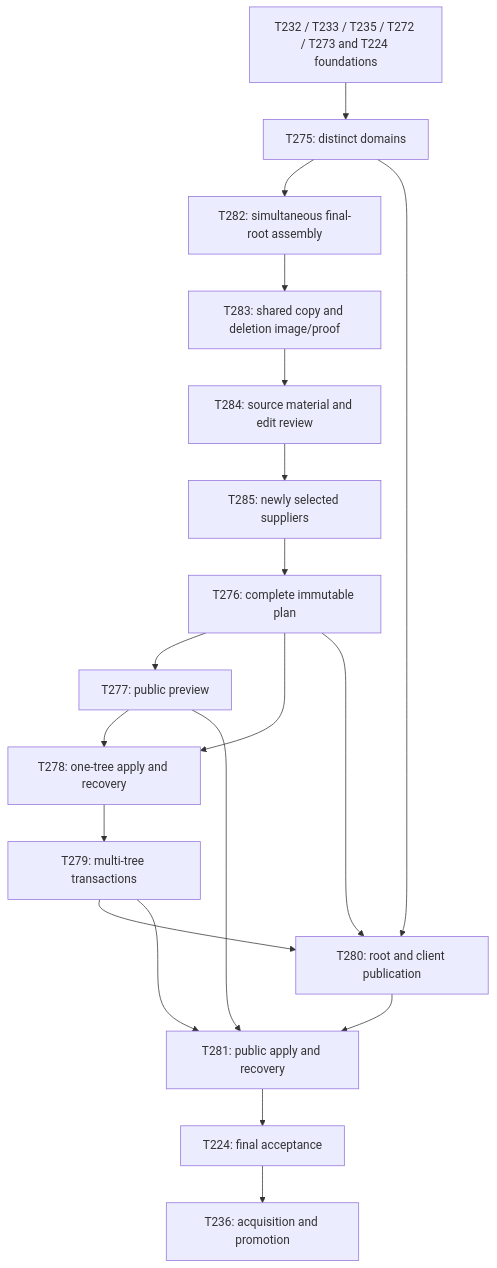
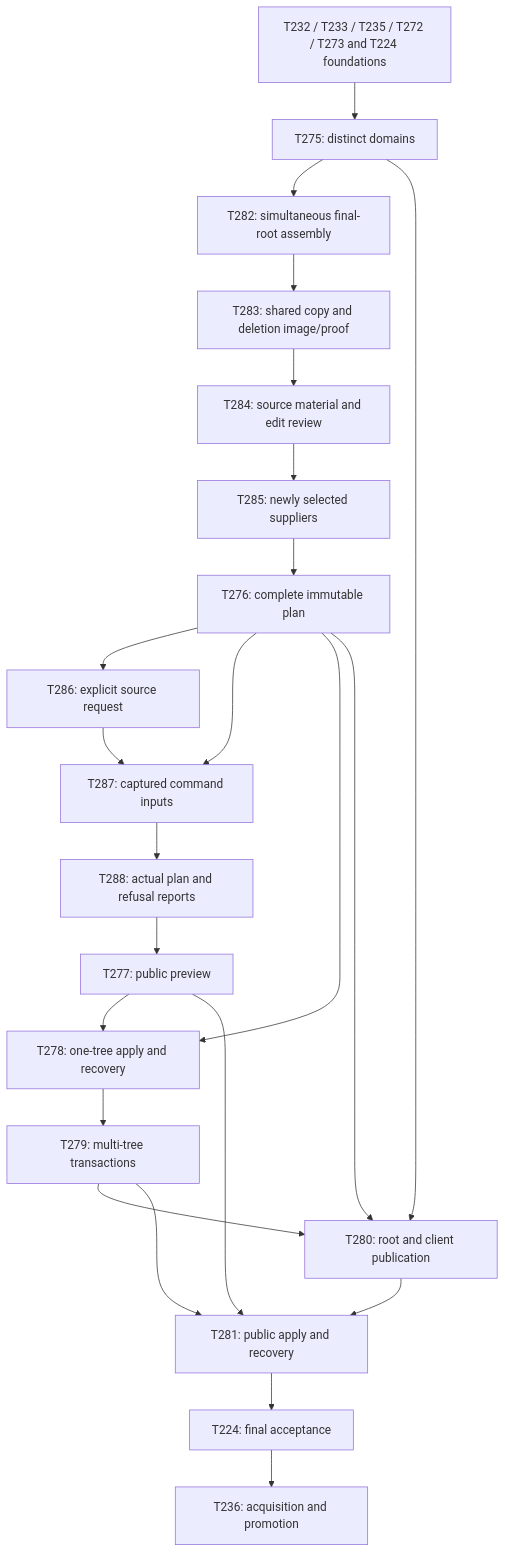
One commit to mem-memov/ama changed the diagram in docs/implementation/source-operations.md. Above: the diagram before and after it, drawn with Mermaid. The commit also changed other lines of this file and 25 other files, not shown here.

Commit message:
T286: recognize explicit source-operation requests

````diff
--- a/docs/implementation/source-operations.md
+++ b/docs/implementation/source-operations.md
@@ -71,21 +74,25 @@
 ```mermaid
 flowchart TD
     existing[T232 / T233 / T235 / T272 / T273 and T224 foundations] --> roots[T275: distinct domains]
     roots --> assembly[T282: simultaneous final-root assembly]
     assembly --> shared[T283: shared copy and deletion image/proof]
     shared --> material[T284: source material and edit review]
     material --> selection[T285: newly selected suppliers]
     selection --> plan[T276: complete immutable plan]
-    plan --> preview[T277: public preview]
+    plan --> request[T286: explicit source request]
+    request --> inputs[T287: captured command inputs]
+    plan --> inputs
+    inputs --> reports[T288: actual plan and refusal reports]
+    reports --> preview[T277: public preview]
     plan --> journal[T278: one-tree apply and recovery]
     preview --> journal
     journal --> publish[T279: multi-tree transactions]
     roots --> metadata[T280: root and client publication]
     plan --> metadata
     publish --> metadata
     preview --> commands[T281: public apply and recovery]
     publish --> commands
     metadata --> commands
     commands --> final[T224: final acceptance]
     final --> acquire[T236: acquisition and promotion]
 ```
````
